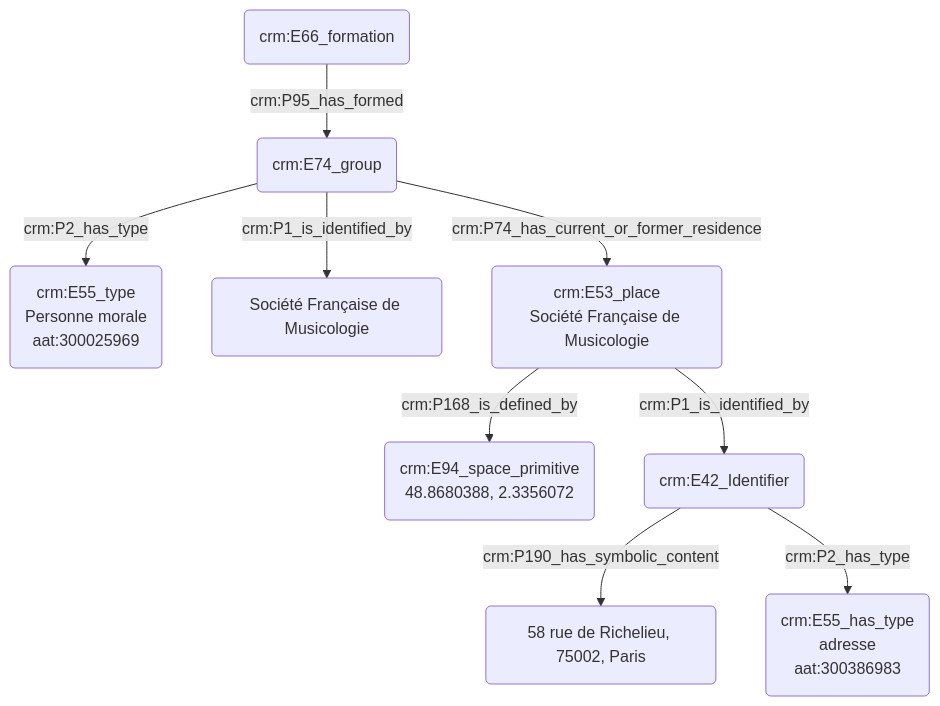
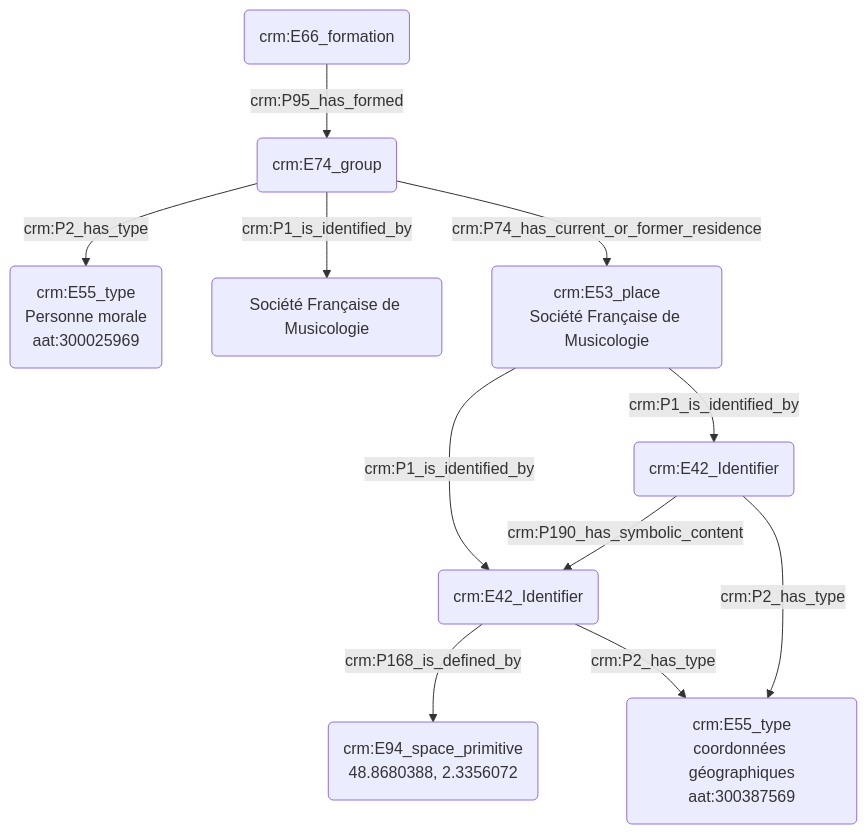
One commit to Amleth/consortium-musica2-gt2-ontologies changed the diagram in modules/livrables/Dossier 2/Indexation conceptuelle/désignation d'une personne morale.md. Above: the diagram before and after it, drawn with Mermaid.

Commit message:
Update désignation d'une personne morale.md

````diff
--- a/modules/livrables/Dossier 2/Indexation conceptuelle/désignation d'une personne morale.md
+++ b/modules/livrables/Dossier 2/Indexation conceptuelle/désignation d'une personne morale.md
@@ -15,15 +15,18 @@
 ```mermaid
 graph TD;
 
 A(crm:E39_actor) --> |crm:P2_has_type| B(crm:E55_type<br>Personne morale<br>aat:300025969)
 C(crm:E66_formation) --> |crm:P95_has_formed| A(crm:E74_group)
 A(crm:E74_group) --> |crm:P1_is_identified_by| I(Société Française de Musicologie)
 A(crm:E74_group) -->|crm:P74_has_current_or_former_residence| D(crm:E53_place<br>Bibliothèque Nationale de France)
-D(crm:E53_place<br>Société Française de Musicologie) --> |crm:P168_is_defined_by| E(crm:E94_space_primitive<br>48.8680388, 2.3356072)
+
 D(crm:E53_place<br>Société Française de Musicologie) --> |crm:P1_is_identified_by| F(crm:E42_Identifier)
 F(crm:E42_Identifier) --> |crm:P190_has_symbolic_content| G(58 rue de Richelieu, 75002, Paris)
 F(crm:E42_Identifier) --> |crm:P2_has_type| H(crm:E55_has_type<br>adresse<br>aat:300386983)
 
+D(crm:E53_place<br>Société Française de Musicologie) --> |crm:P1_is_identified_by| G(crm:E42_Identifier)
+G(crm:E42_Identifier) --> |crm:P168_is_defined_by| E(crm:E94_space_primitive<br>48.8680388, 2.3356072)
+G(crm:E42_Identifier) --> |crm:P2_has_type| H(crm:E55_type<br>coordonnées géographiques<br>aat:300387569)
 
 
 ```
````
